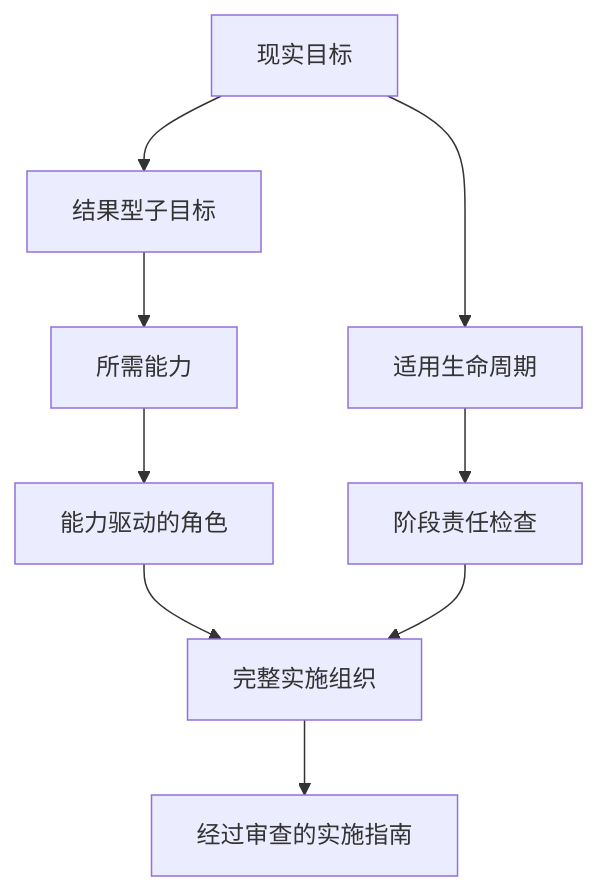
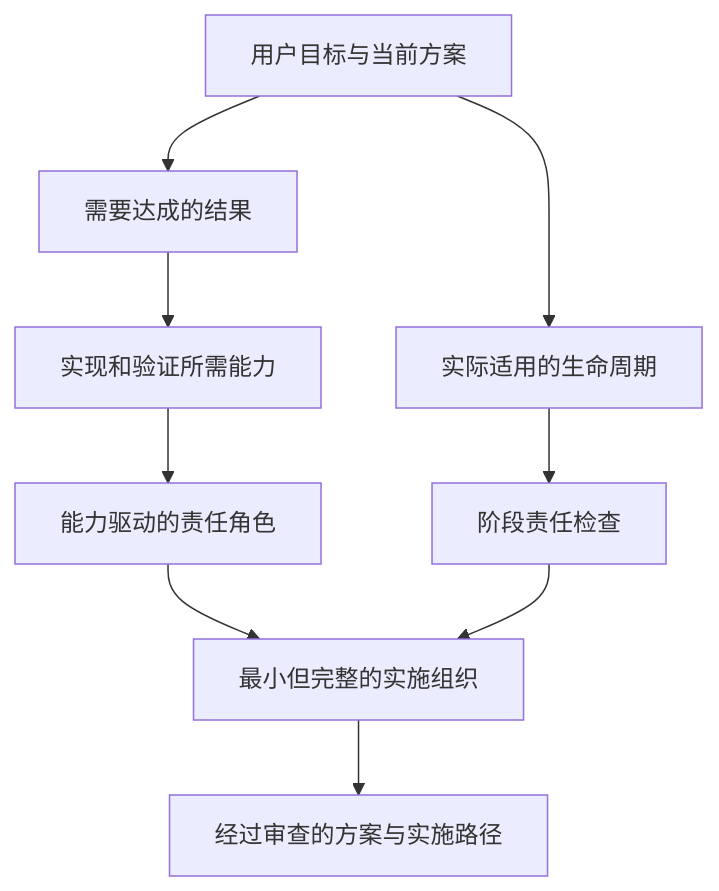
The diagram in references/role-schema.md (yantaolu/goal-orchestrator), drawn with Mermaid before and after one commit. The commit also changed other lines of this file and 9 other files, not shown here.

````diff
--- a/references/role-schema.md
+++ b/references/role-schema.md
@@ -22,11 +36,11 @@
 ```mermaid
 flowchart TD
-    G["现实目标"] --> S["结果型子目标"]
-    S --> C["所需能力"]
-    C --> R["能力驱动的角色"]
-    G --> L["适用生命周期"]
+    G["用户目标与当前方案"] --> S["需要达成的结果"]
+    S --> C["实现和验证所需能力"]
+    C --> R["能力驱动的责任角色"]
+    G --> L["实际适用的生命周期"]
     L --> A["阶段责任检查"]
-    R --> O["完整实施组织"]
+    R --> O["最小但完整的实施组织"]
     A --> O
-    O --> P["经过审查的实施指南"]
+    O --> P["经过审查的方案与实施路径"]
 ```
````
